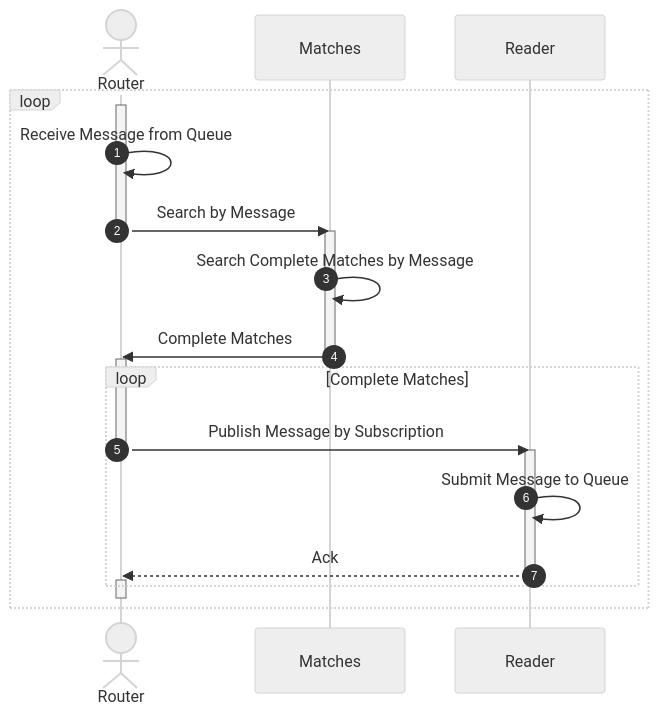
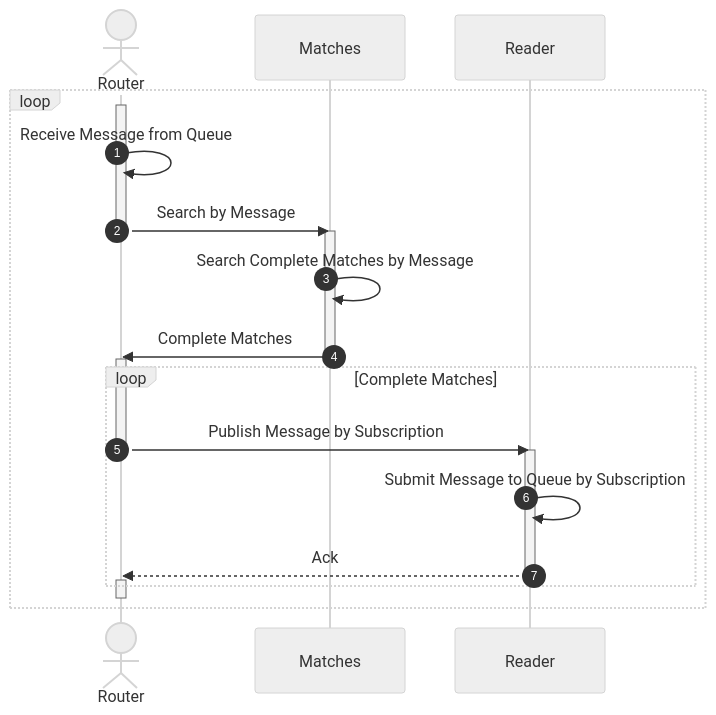
Before and after one commit to awakari/.github: the second of 2 diagrams in profile/README.md, drawn with Mermaid.

Commit message:
readme update

````diff
--- a/profile/README.md
+++ b/profile/README.md
@@ -192,40 +192,40 @@
 ```mermaid
 %%{init: {'theme': 'neutral' } }%%
 sequenceDiagram
 
     autonumber
 
     actor Router
     participant Matches
     participant Reader
 
     loop
         
         activate Router
         Router->>Router: Receive Message from Queue
         Router->>Matches: Search by Message
         deactivate Router
         
         activate Matches
         Matches->>Matches: Search Complete Matches by Message 
         Matches->>Router: Complete Matches
         deactivate Matches
         
         activate Router
         loop Complete Matches
             
             Router->>Reader: Publish Message by Subscription
             deactivate Router
             
             activate Reader
-            Reader->>Reader: Submit Message to Queue
+            Reader->>Reader: Submit Message to Queue by Subscription
             Reader-->>Router: Ack
             deactivate Reader
             
             activate Router
                        
         end
         deactivate Router
         
     end
 ```
````
